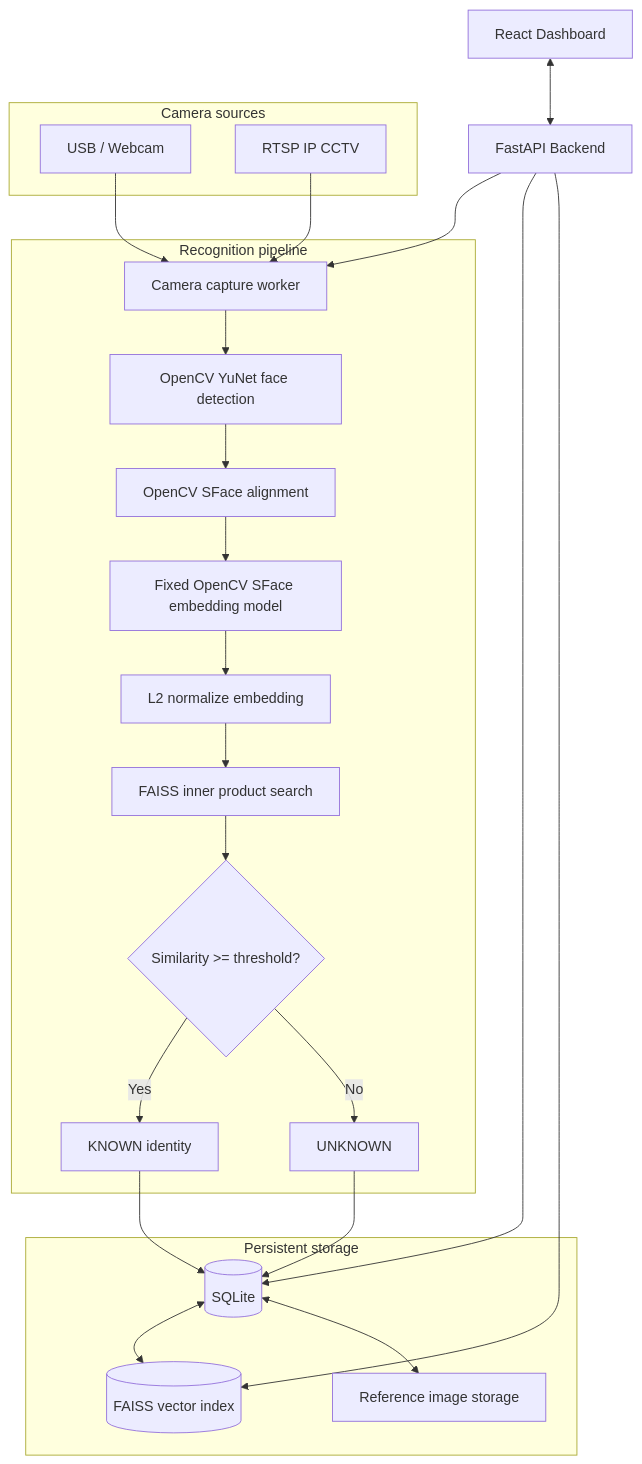
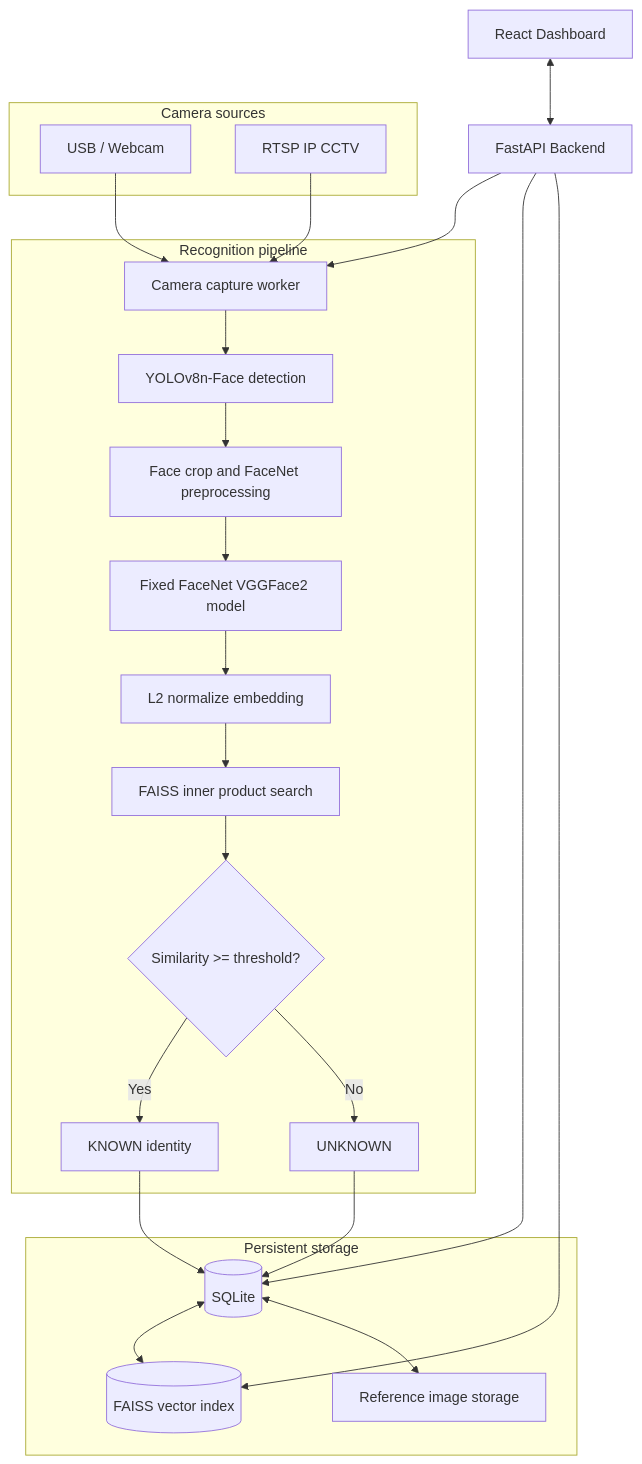
One commit to Vedulaudayeaswar/faceview changed the first of 6 diagrams in README.md. Above: the diagram before and after it, drawn with Mermaid. The commit also changed other lines of this file and 15 other files, not shown here.

Commit message:
Replace YuNet SFace pipeline with YOLO FaceNet

````diff
--- a/README.md
+++ b/README.md
@@ -140,42 +146,42 @@
 ```mermaid
 flowchart TB
     UI[React Dashboard]
     API[FastAPI Backend]
     UI <--> API
 
     subgraph Input[Camera sources]
         USB[USB / Webcam]
         RTSP[RTSP IP CCTV]
     end
 
     subgraph Processing[Recognition pipeline]
         Capture[Camera capture worker]
-        Detect[OpenCV YuNet face detection]
-        Align[OpenCV SFace alignment]
-        Embed[Fixed OpenCV SFace embedding model]
+        Detect[YOLOv8n-Face detection]
+        Align[Face crop and FaceNet preprocessing]
+        Embed[Fixed FaceNet VGGFace2 model]
         Normalize[L2 normalize embedding]
         Search[FAISS inner product search]
         Decision{Similarity >= threshold?}
         Known[KNOWN identity]
         Unknown[UNKNOWN]
     end
 
     subgraph Storage[Persistent storage]
         DB[(SQLite)]
         Index[(FAISS vector index)]
         Files[Reference image storage]
     end
 
     USB --> Capture
     RTSP --> Capture
     Capture --> Detect --> Align --> Embed --> Normalize --> Search --> Decision
     Decision -->|Yes| Known
     Decision -->|No| Unknown
     DB <--> Index
     DB <--> Files
     API --> Capture
     API --> DB
     API --> Index
     Known --> DB
     Unknown --> DB
 ```
````
